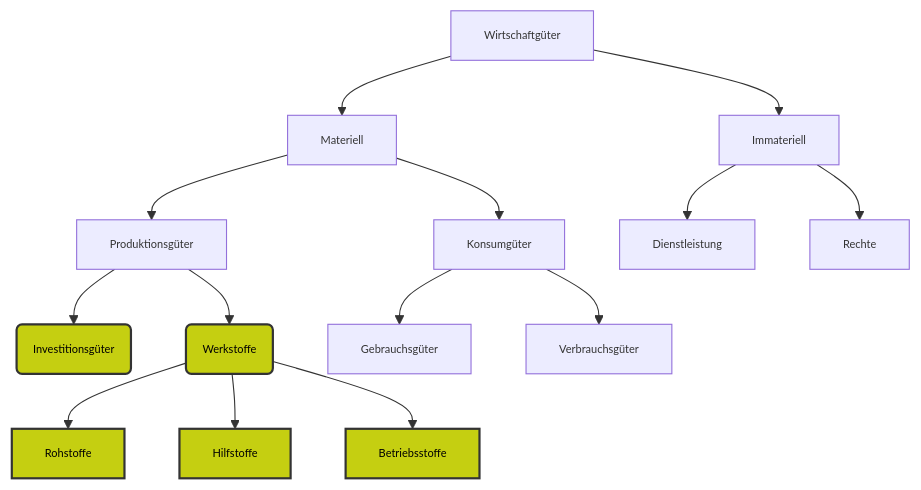
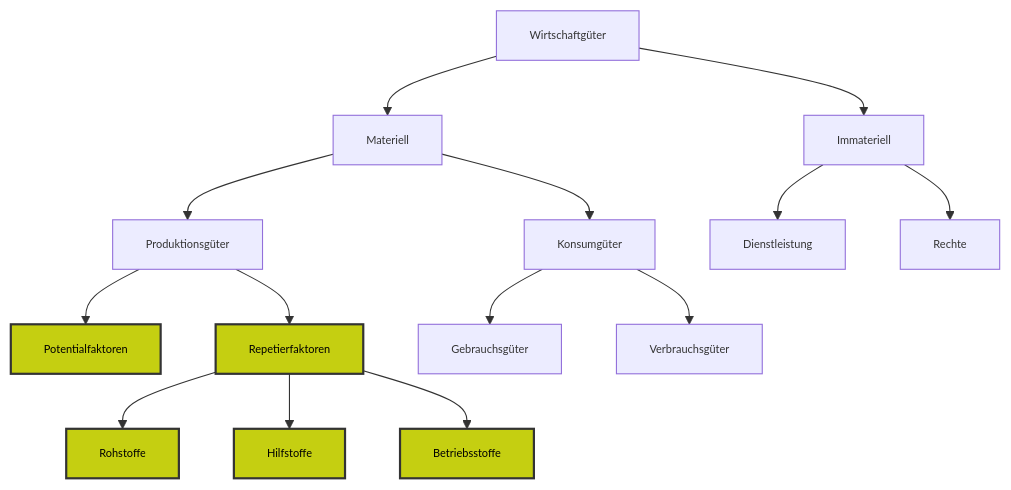
The diagram in Semester III/ABWL/Wirtschaftsgüter.md (Raindancer118/NakObsidian), drawn with Mermaid before and after one commit. The commit also changed other lines of this file and 5 other files, not shown here.

````diff
--- a/Semester III/ABWL/Wirtschaftsgüter.md
+++ b/Semester III/ABWL/Wirtschaftsgüter.md
@@ -6,26 +6,26 @@
 ```mermaid
 %%{init: {'themeVariables': {'fontSize': '10px'}}}%%
 graph TD
     Wirtschaftgüter-->Immateriell
     Wirtschaftgüter-->Materiell
     Materiell-->Konsumgüter
     Materiell-->Produktionsgüter
     Immateriell-->Dienstleistung
     Immateriell-->Rechte
-    Produktionsgüter-->Potentialfaktoren(Investitionsgüter)
-    Produktionsgüter-->Repetierfaktoren(Werkstoffe)
-    Repetierfaktoren(Werkstoffe)-->Rohstoffe
-    Repetierfaktoren(Werkstoffe)-->Hilfstoffe
-    Repetierfaktoren(Werkstoffe)-->Betriebsstoffe
+    Produktionsgüter-->Potentialfaktoren
+    Produktionsgüter-->Repetierfaktoren
+    Repetierfaktoren-->Rohstoffe
+    Repetierfaktoren-->Hilfstoffe
+    Repetierfaktoren-->Betriebsstoffe
     Konsumgüter-->Gebrauchsgüter
     Konsumgüter-->Verbrauchsgüter
     
 
 
 
     %% Markiere die gewünschten Felder
     class Potentialfaktoren,Repetierfaktoren,Rohstoffe,Hilfstoffe,Betriebsstoffe highlighted;
 
     %% Definiere die Klasse "highlighted"
     classDef highlighted fill:#c5cf11,stroke:#333,stroke-width:2px,color:#000;
 ```
````
